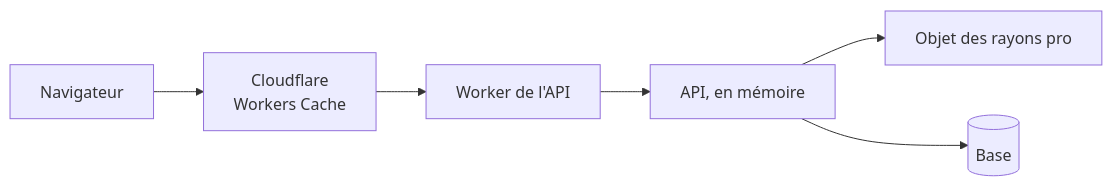
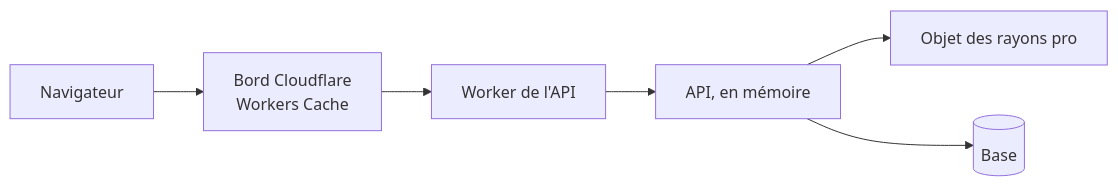
The diagram in documentation/caching-usage/README.md (hugoheynard/lfd), drawn with Mermaid before and after one commit. The commit also changed other lines of this file and 96 other files, not shown here.

````diff
--- a/documentation/caching-usage/README.md
+++ b/documentation/caching-usage/README.md
@@ -21,8 +21,8 @@
 ```mermaid
 flowchart LR
-  V["Navigateur"] --> CF["Cloudflare<br/>Workers Cache"]
+  V["Navigateur"] --> CF["Bord Cloudflare<br/>Workers Cache"]
   CF --> W["Worker de l'API"]
   W --> API["API, en mémoire"]
   API --> DO["Objet des rayons pro"]
   API --> B[("Base")]
 ```
````
